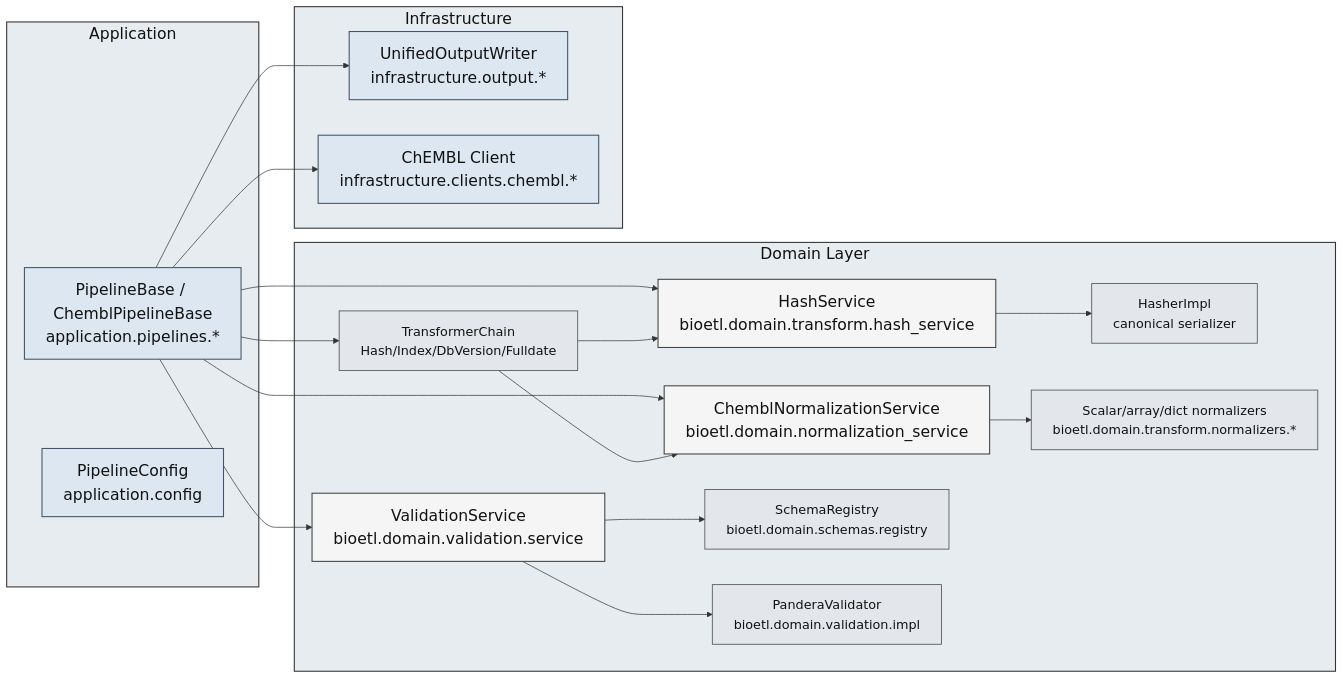
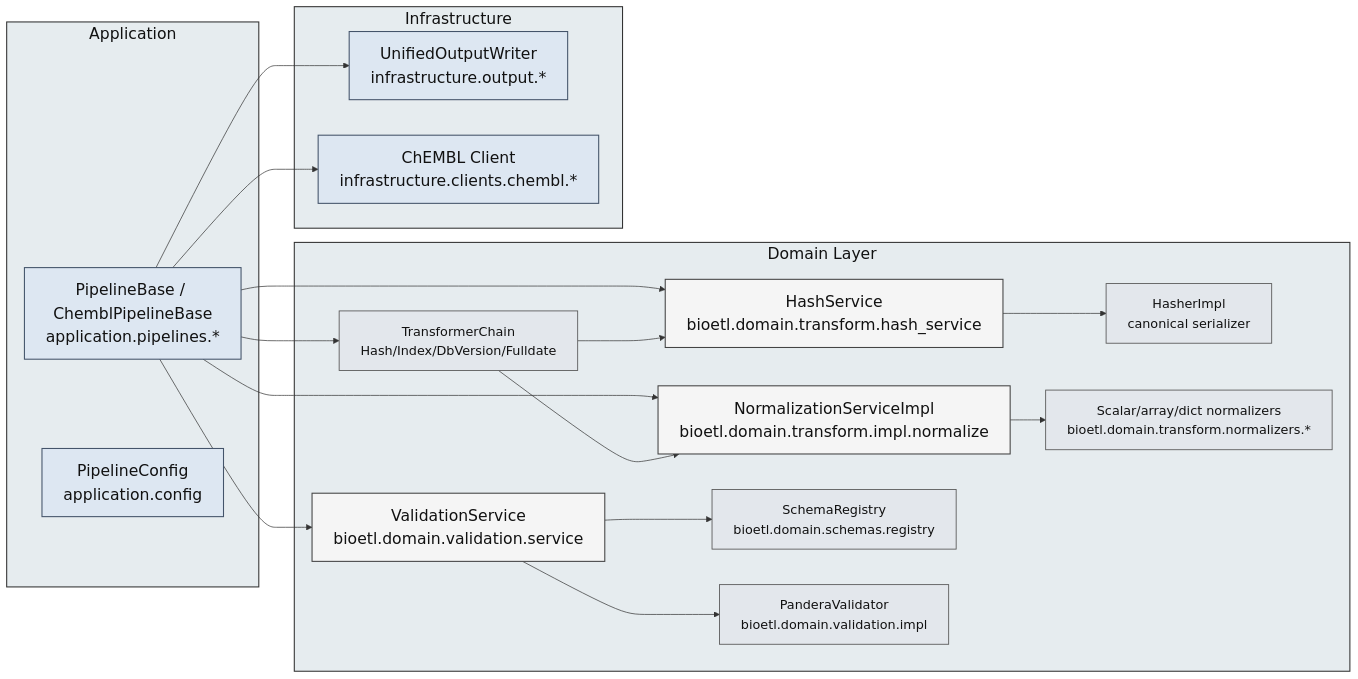
Before and after one commit to SatoryKono/BioactivityDataAcquisition: the diagram in docs/architecture/diagrams/component/02-domain-components.mmd, drawn with Mermaid. The commit also changed 7 other files, not shown here.

```diff
--- a/docs/architecture/diagrams/component/02-domain-components.mmd
+++ b/docs/architecture/diagrams/component/02-domain-components.mmd
@@ -1,46 +1,46 @@
 ---
 id: 5ce0c6b3-7f5b-4c5c-8d1a-4c1cbf2c2a9e
 ---
 flowchart LR
 
 classDef componentPrimary   fill:#f5f5f5,stroke:#444,stroke-width:1.5px,color:#111,font-size:22px;
 classDef componentSecondary fill:#e3e7ec,stroke:#555,stroke-width:1.2px,color:#111,font-size:18px;
 classDef external           fill:#dde7f2,stroke:#44546a,stroke-width:1.5px,color:#111,font-size:22px;
 classDef group              fill:#e6ecef,stroke:#333,stroke-width:1.5px,color:#111,font-size:22px;
 
 subgraph Domain["Domain Layer"]
     Validation["ValidationService\nbioetl.domain.validation.service"]:::componentPrimary
-    Normalization["ChemblNormalizationService\nbioetl.domain.normalization_service"]:::componentPrimary
+    Normalization["NormalizationServiceImpl\nbioetl.domain.transform.impl.normalize"]:::componentPrimary
     Hashing["HashService\nbioetl.domain.transform.hash_service"]:::componentPrimary
     Transformers["TransformerChain\nHash/Index/DbVersion/Fulldate"]:::componentSecondary
     Hasher["HasherImpl\ncanonical serializer"]:::componentSecondary
     Schemas["SchemaRegistry\nbioetl.domain.schemas.registry"]:::componentSecondary
     Pandera["PanderaValidator\nbioetl.domain.validation.impl"]:::componentSecondary
     Normalizers["Scalar/array/dict normalizers\nbioetl.domain.transform.normalizers.*"]:::componentSecondary
 end
 class Domain group;
 
 subgraph Application["Application"]
     Pipeline["PipelineBase / ChemblPipelineBase\napplication.pipelines.*"]:::external
     Config["PipelineConfig\napplication.config"]:::external
 end
 class Application group;
 
 subgraph Infrastructure["Infrastructure"]
     Writers["UnifiedOutputWriter\ninfrastructure.output.*"]:::external
     Clients["ChEMBL Client\ninfrastructure.clients.chembl.*"]:::external
 end
 class Infrastructure group;
 
 Pipeline --> Validation
 Pipeline --> Normalization
 Pipeline --> Hashing
 Pipeline --> Transformers
 Validation --> Schemas
 Validation --> Pandera
 Normalization --> Normalizers
 Hashing --> Hasher
 Transformers --> Hashing
 Transformers --> Normalization
 Pipeline --> Writers
 Pipeline --> Clients
```
